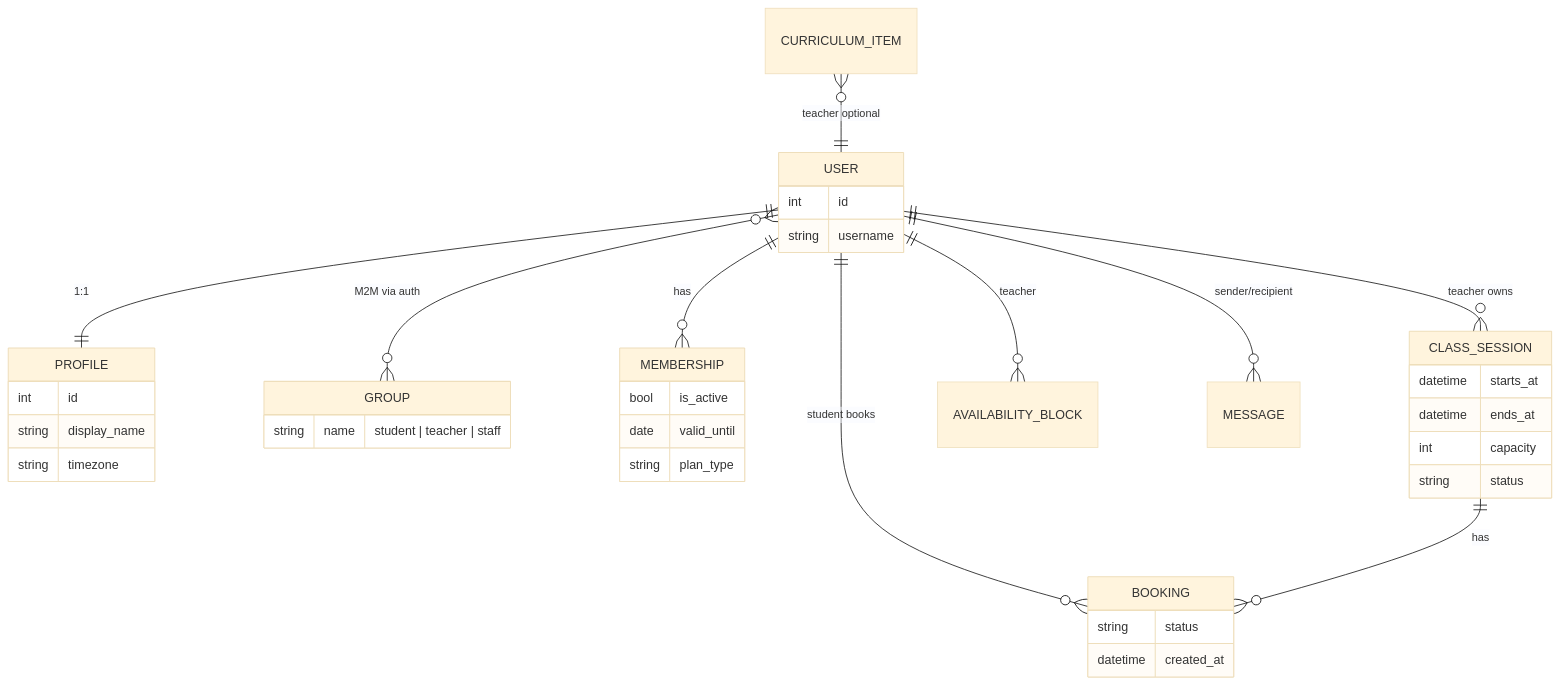
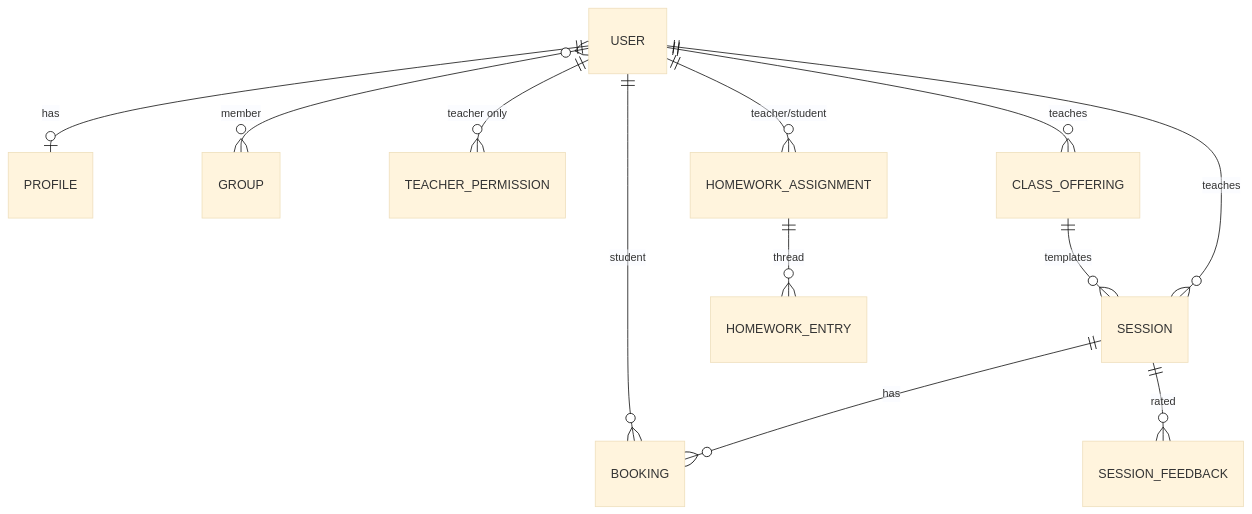
The second of 2 diagrams in docs/architecture-and-roadmap.md (GNOgonzalez/booking_system), drawn with Mermaid (base theme) before and after one commit. The commit also changed other lines of this file and 193 other files, not shown here.

````diff
--- a/docs/architecture-and-roadmap.md
+++ b/docs/architecture-and-roadmap.md
@@ -127,41 +108,14 @@
 ```mermaid
 erDiagram
-  USER ||--|| PROFILE : "1:1"
-  USER }o--o{ GROUP : "M2M via auth"
-  USER ||--o{ MEMBERSHIP : "has"
-  USER ||--o{ BOOKING : "student books"
-  USER ||--o{ CLASS_SESSION : "teacher owns"
-  CLASS_SESSION ||--o{ BOOKING : "has"
-  USER ||--o{ AVAILABILITY_BLOCK : "teacher"
-  USER ||--o{ MESSAGE : "sender/recipient"
-  CURRICULUM_ITEM }o--|| USER : "teacher optional"
-
-  USER {
-    int id
-    string username
-  }
-  PROFILE {
-    int id
-    string display_name
-    string timezone
-  }
-  GROUP {
-    string name
-    "student | teacher | staff"
-  }
-  MEMBERSHIP {
-    bool is_active
-    date valid_until
-    string plan_type
-  }
-  CLASS_SESSION {
-    datetime starts_at
-    datetime ends_at
-    int capacity
-    string status
-  }
-  BOOKING {
-    string status
-    datetime created_at
-  }
+  USER ||--o| PROFILE : has
+  USER }o--o{ GROUP : member
+  USER ||--o{ TEACHER_PERMISSION : "teacher only"
+  USER ||--o{ CLASS_OFFERING : teaches
+  USER ||--o{ SESSION : teaches
+  CLASS_OFFERING ||--o{ SESSION : templates
+  SESSION ||--o{ BOOKING : has
+  USER ||--o{ BOOKING : student
+  SESSION ||--o{ SESSION_FEEDBACK : rated
+  USER ||--o{ HOMEWORK_ASSIGNMENT : "teacher/student"
+  HOMEWORK_ASSIGNMENT ||--o{ HOMEWORK_ENTRY : thread
 ```
````
